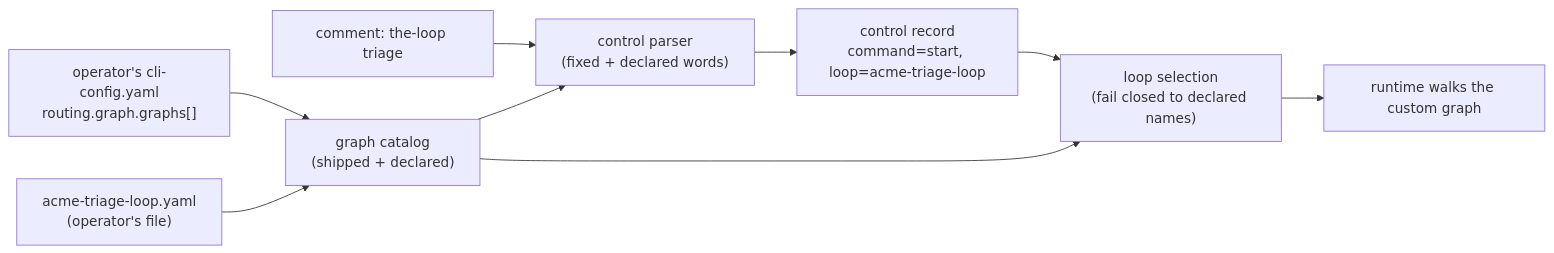
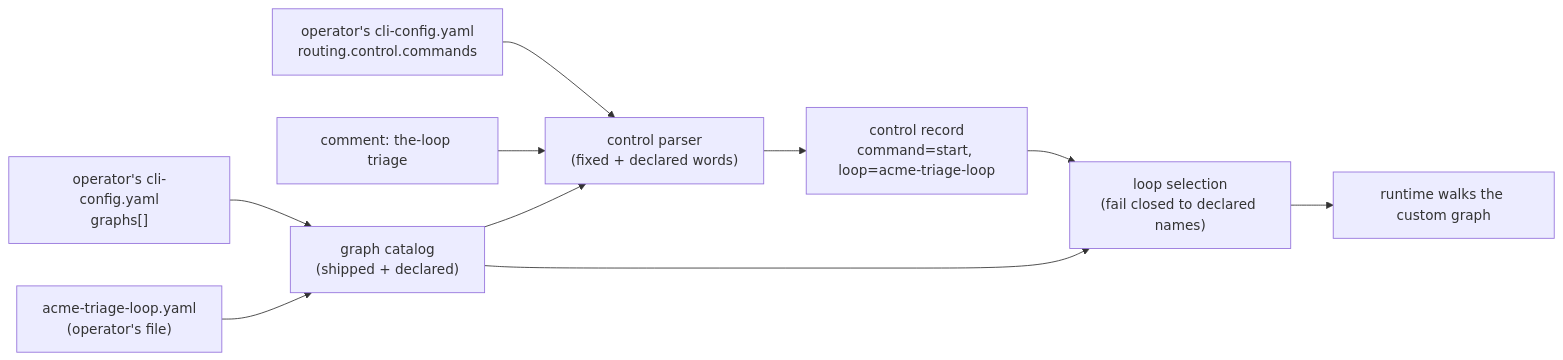
The diagram in docs/specs/issue-343/requirements.md (MadaraUchiha-314/the-loop), drawn with Mermaid before and after one commit. The commit also changed other lines of this file and 41 other files, not shown here.

First line of the commit message:
refactor(issue-343): top-level graphs, commands bound under routing.control.commands

````diff
--- a/docs/specs/issue-343/requirements.md
+++ b/docs/specs/issue-343/requirements.md
@@ -48,11 +50,12 @@
 ```mermaid
 flowchart LR
-  CFG["operator's cli-config.yaml<br/>routing.graph.graphs[]"] --> CAT["graph catalog<br/>(shipped + declared)"]
+  CFG["operator's cli-config.yaml<br/>graphs[]"] --> CAT["graph catalog<br/>(shipped + declared)"]
+  BND["operator's cli-config.yaml<br/>routing.control.commands"] --> PARSE
   YAML["acme-triage-loop.yaml<br/>(operator's file)"] --> CAT
   CMT["comment: the-loop triage"] --> PARSE["control parser<br/>(fixed + declared words)"]
   CAT --> PARSE
   PARSE --> REC["control record<br/>command=start, loop=acme-triage-loop"]
   REC --> SEL["loop selection<br/>(fail closed to declared names)"]
   CAT --> SEL
   SEL --> RT["runtime walks the custom graph"]
 ```
````
